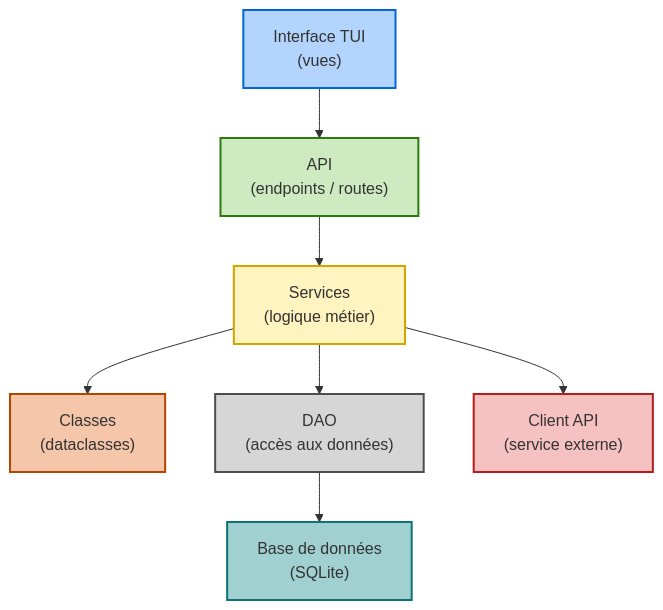
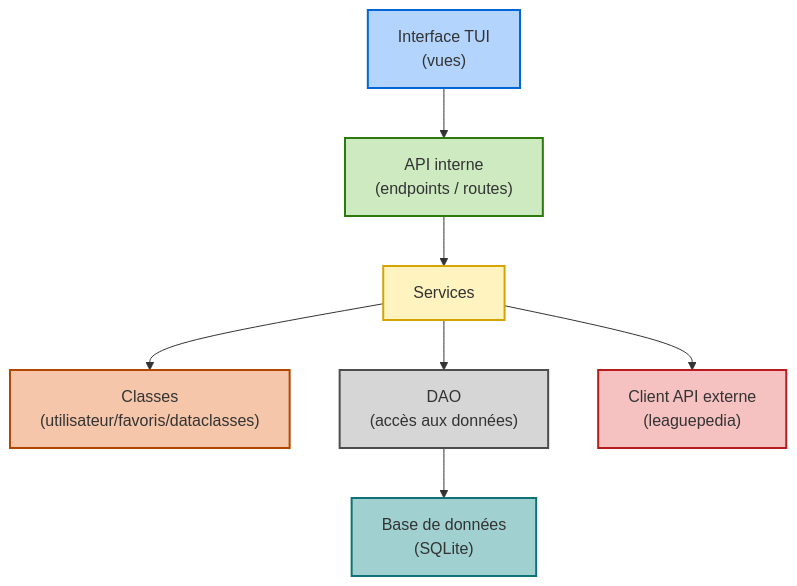
One commit to SimonHerve22/projet-conception-logicielle changed the diagram in README.md. Above: the diagram before and after it, drawn with Mermaid.

Commit message:
Update API and CLIENT descriptions in README

````diff
--- a/README.md
+++ b/README.md
@@ -3,29 +3,29 @@
 ```mermaid
 flowchart TB
 
 %% Définition des nœuds
 TUI["Interface TUI<br>(vues)"]
-API["API<br>(endpoints / routes)"]
-SERVICES["Services<br>(logique métier)"]
-MODELES["Classes<br>(dataclasses)"]
+API["API interne<br>(endpoints / routes)"]
+SERVICES["Services"]
+MODELES["Classes<br>(utilisateur/favoris/dataclasses)"]
 DAO["DAO<br>(accès aux données)"]
 BDD["Base de données<br>(SQLite)"]
-CLIENT["Client API<br>(service externe)"]
+CLIENT["Client API externe<br>(leaguepedia)"]
 
 %% Flux
 TUI --> API
 API --> SERVICES
 SERVICES --> MODELES
 SERVICES --> DAO
 DAO --> BDD
 SERVICES --> CLIENT
 
 %% Styles / couleurs
 style TUI fill:#B3D4FC,stroke:#0366D6,stroke-width:2px
 style API fill:#CDEAC0,stroke:#2C7A0B,stroke-width:2px
 style SERVICES fill:#FFF3BF,stroke:#D4A500,stroke-width:2px
 style MODELES fill:#F5C6AA,stroke:#B34700,stroke-width:2px
 style DAO fill:#D6D6D6,stroke:#4D4D4D,stroke-width:2px
 style BDD fill:#A1D0D0,stroke:#0D7377,stroke-width:2px
 style CLIENT fill:#F6C1C1,stroke:#B91C1C,stroke-width:2px
 ```
````
